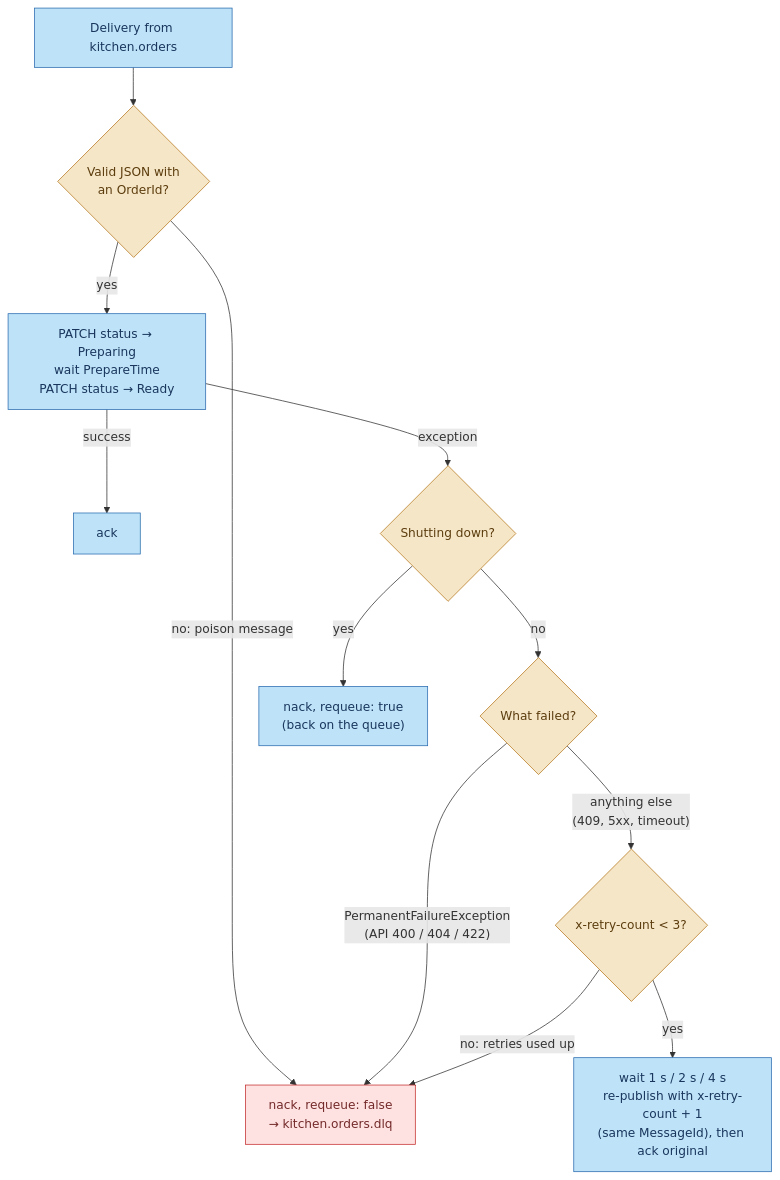
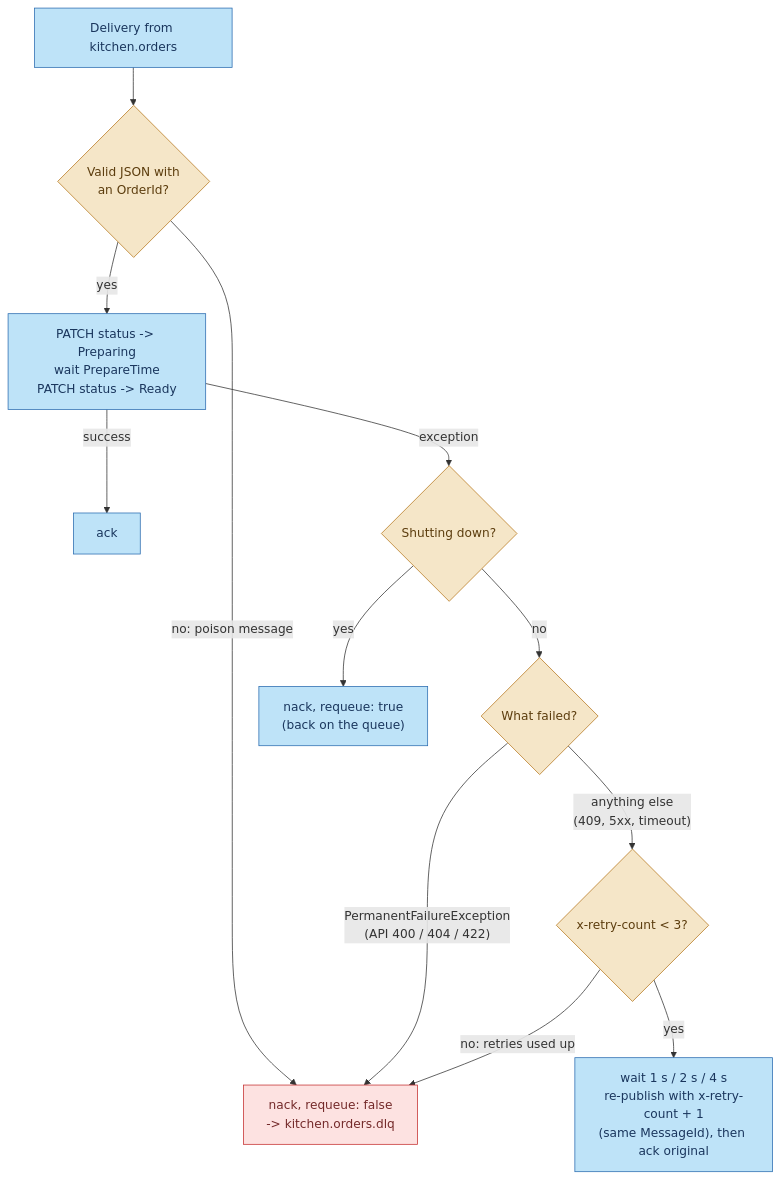
One commit to ring9834/BrewQueue changed the second of 4 diagrams in docs/dead-letter-queues.md. Above: the diagram before and after it, drawn with Mermaid. The commit also changed other lines of this file and 5 other files, not shown here.

````diff
--- a/docs/dead-letter-queues.md
+++ b/docs/dead-letter-queues.md
@@ -82,29 +82,29 @@
 ```mermaid
 flowchart TD
     d["Delivery from kitchen.orders"]:::code
     parse{"Valid JSON with<br/>an OrderId?"}:::infra
-    work["PATCH status → Preparing<br/>wait PrepareTime<br/>PATCH status → Ready"]:::code
+    work["PATCH status -> Preparing<br/>wait PrepareTime<br/>PATCH status -> Ready"]:::code
     ok["ack"]:::code
     kind{"What failed?"}:::infra
     retry{"x-retry-count < 3?"}:::infra
     repub["wait 1 s / 2 s / 4 s<br/>re-publish with x-retry-count + 1<br/>(same MessageId), then ack original"]:::code
     stop{"Shutting down?"}:::infra
     requeue["nack, requeue: true<br/>(back on the queue)"]:::code
-    dead["nack, requeue: false<br/>→ kitchen.orders.dlq"]:::bad
+    dead["nack, requeue: false<br/>-> kitchen.orders.dlq"]:::bad
 
     d --> parse
     parse -- "no: poison message" --> dead
     parse -- "yes" --> work
     work -- "success" --> ok
     work -- "exception" --> stop
     stop -- "yes" --> requeue
     stop -- "no" --> kind
     kind -- "PermanentFailureException<br/>(API 400 / 404 / 422)" --> dead
     kind -- "anything else<br/>(409, 5xx, timeout)" --> retry
     retry -- "yes" --> repub
     retry -- "no: retries used up" --> dead
 
     classDef code fill:#BEE3F8,stroke:#2B6CB0,color:#1A365D
     classDef infra fill:#F5E6C8,stroke:#B7791F,color:#5C3D0E
     classDef bad fill:#FDE2E1,stroke:#C53030,color:#742A2A
 ```
````
